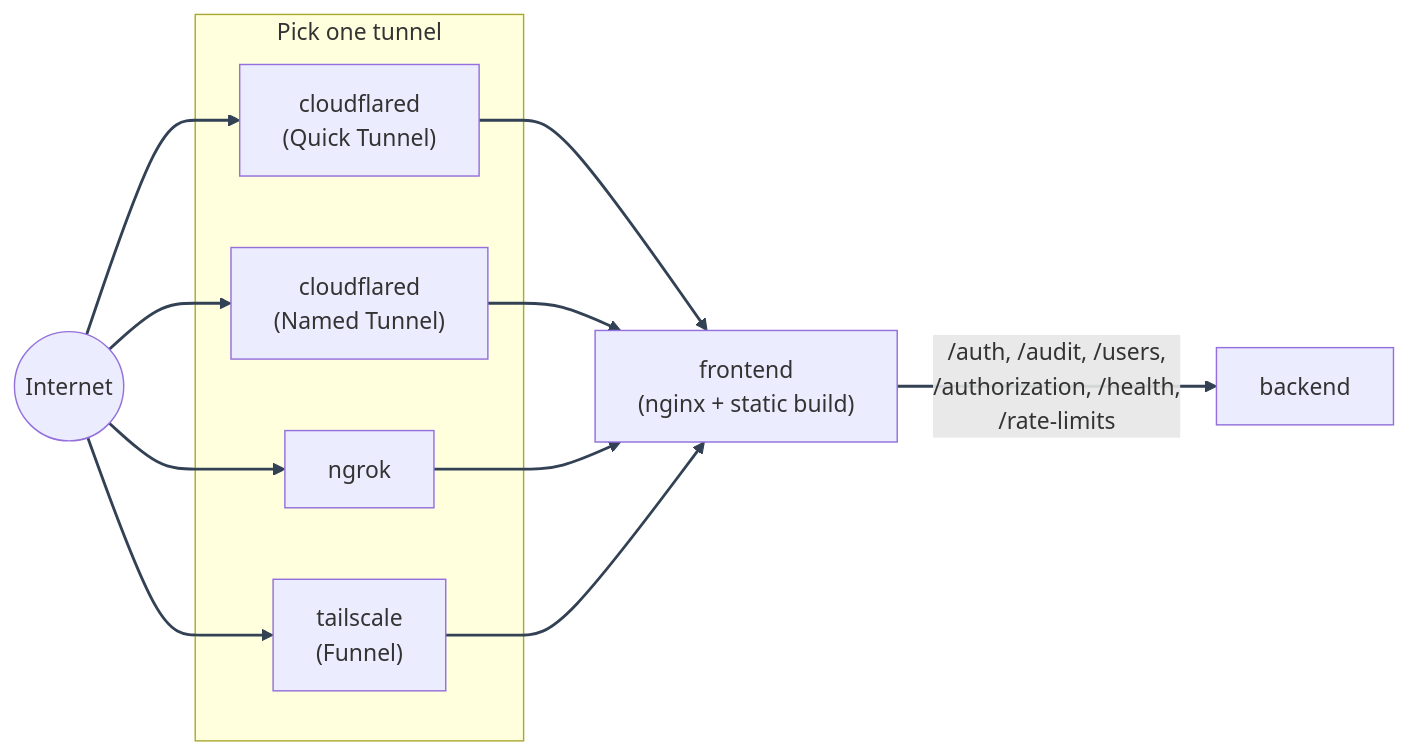
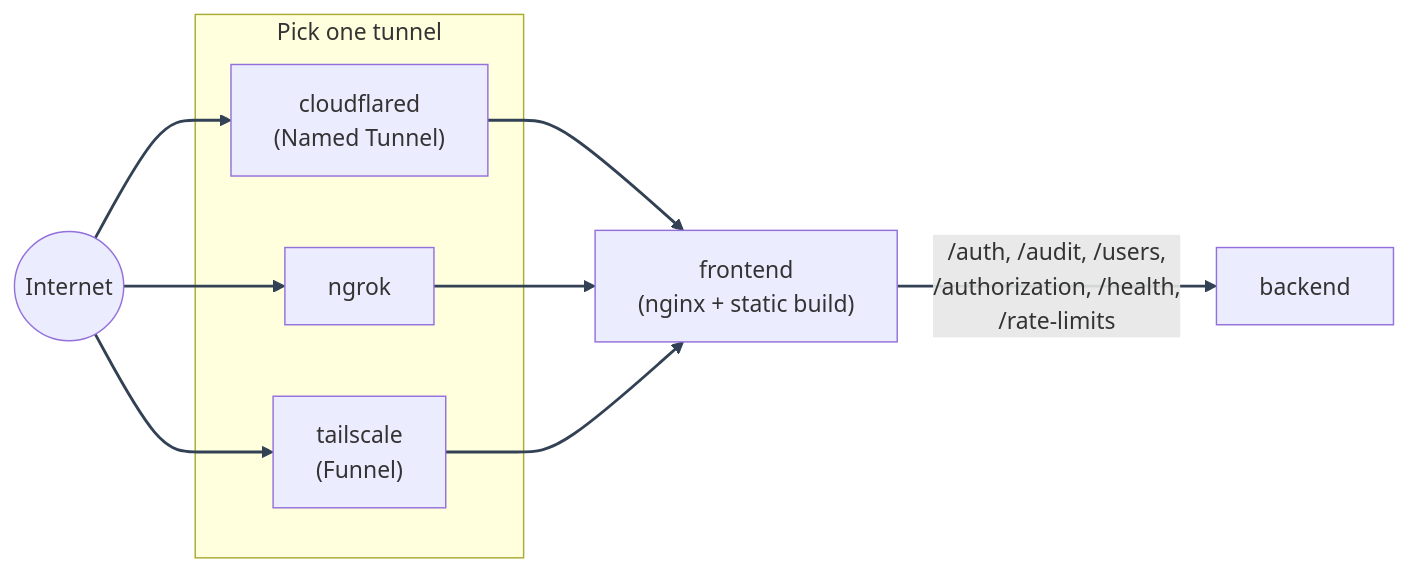
One commit to Nachiket-2024/mystic-auth changed the diagram in docs/mystic_auth/deployment/local-prod/README.md. Above: the diagram before and after it, drawn with Mermaid. The commit also changed other lines of this file and 497 other files, not shown here.

````diff
--- a/docs/mystic_auth/deployment/local-prod/README.md
+++ b/docs/mystic_auth/deployment/local-prod/README.md
@@ -59,23 +63,20 @@
 ```mermaid
 %%{init: {"themeVariables": {"lineColor": "#334155"}} }%%
 flowchart LR
     internet(("Internet"))
     subgraph Tunnel["Pick one tunnel"]
-        cfq["cloudflared\n (Quick Tunnel)"]
         cfn["cloudflared\n (Named Tunnel)"]
         ngrok["ngrok"]
         ts["tailscale\n (Funnel)"]
     end
     frontend["frontend\n (nginx + static build)"]
     backend["backend"]
-    internet --> cfq
     internet --> cfn
     internet --> ngrok
     internet --> ts
-    cfq --> frontend
     cfn --> frontend
     ngrok --> frontend
     ts --> frontend
     frontend -->|"/auth, /audit, /users,\n /authorization, /health,\n /rate-limits"| backend
     linkStyle default stroke:#334155,stroke-width:2px
 ```
````
